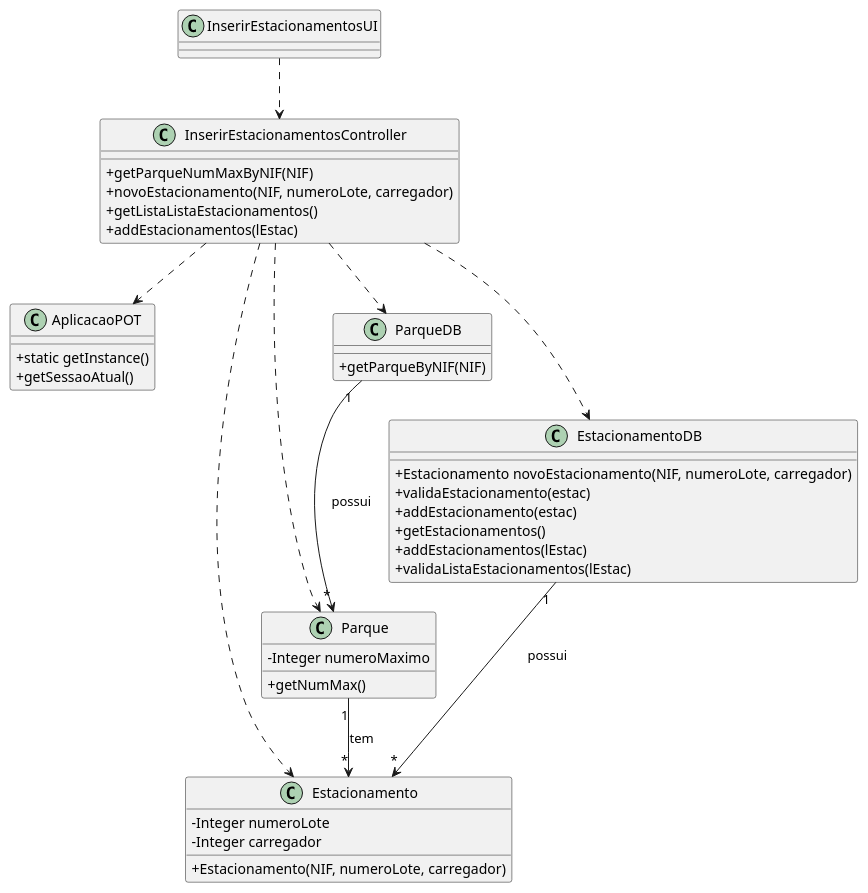
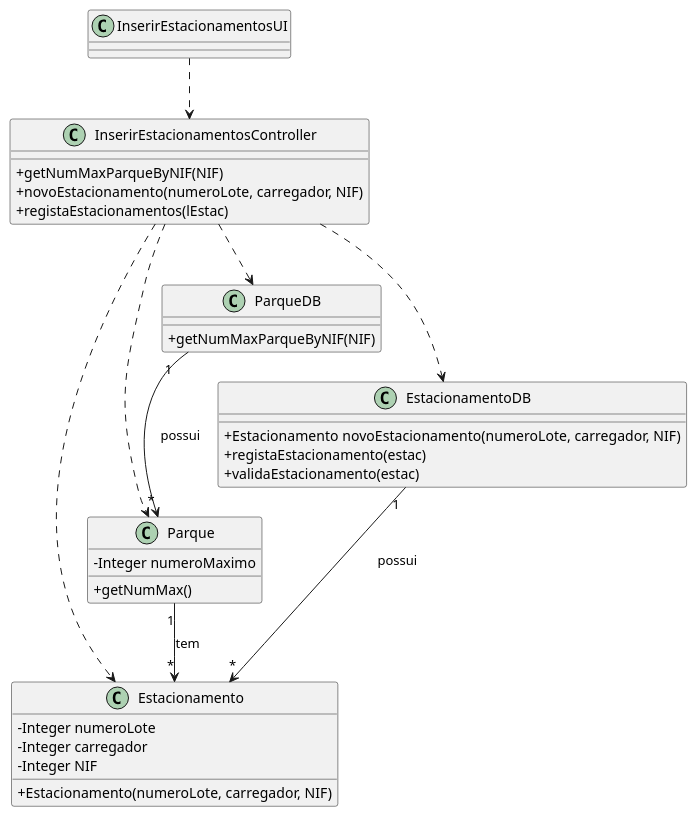
Before and after one commit to pedrolemos4/LAPR3: the diagram in docs/UC83/CD-INSERIR ESTACIONAMENTO.puml, drawn with PlantUML. The commit also changed 5 other files, not shown here.

Commit message:
LAP3AP4-83 #close Inserir Estacionamento [Review]

```diff
--- a/docs/UC83/CD-INSERIR ESTACIONAMENTO.puml
+++ b/docs/UC83/CD-INSERIR ESTACIONAMENTO.puml
@@ -1,55 +1,45 @@
 @startuml
 skinparam classAttributeIconSize 0
-
-class AplicacaoPOT
-{
-  +static getInstance()
-  +getSessaoAtual()
-}
 
 class Parque {
   -Integer numeroMaximo
   +getNumMax()
 }
 
 class Estacionamento {
   -Integer numeroLote
   -Integer carregador
-  +Estacionamento(NIF, numeroLote, carregador)
+  -Integer NIF
+  +Estacionamento(numeroLote, carregador, NIF)
 }
 
 class ParqueDB {
-  +getParqueByNIF(NIF)
+  +getNumMaxParqueByNIF(NIF)
 }
 
 class EstacionamentoDB {
-  +Estacionamento novoEstacionamento(NIF, numeroLote, carregador)
+  +Estacionamento novoEstacionamento(numeroLote, carregador, NIF)
+  +registaEstacionamento(estac)
   +validaEstacionamento(estac)
-  +addEstacionamento(estac)
-  +getEstacionamentos()
-  +addEstacionamentos(lEstac)
-  +validaListaEstacionamentos(lEstac)
 }
 
 class InserirEstacionamentosController {
-    +getParqueNumMaxByNIF(NIF)
-    +novoEstacionamento(NIF, numeroLote, carregador)
-    +getListaListaEstacionamentos()
-    +addEstacionamentos(lEstac)
+    +getNumMaxParqueByNIF(NIF)
+    +novoEstacionamento(numeroLote, carregador, NIF)
+    +registaEstacionamentos(lEstac)
 }
 
 class InserirEstacionamentosUI {
 }
 
 InserirEstacionamentosUI ..> InserirEstacionamentosController
 InserirEstacionamentosController ..> ParqueDB
 InserirEstacionamentosController ..> Parque
 InserirEstacionamentosController ..> EstacionamentoDB
 InserirEstacionamentosController ..> Estacionamento
-InserirEstacionamentosController ..> AplicacaoPOT
 
 ParqueDB "1" --> "*" Parque : possui
 Parque "1" --> "*" Estacionamento : tem
 EstacionamentoDB "1" --> "*" Estacionamento : possui
 
 @enduml
```
